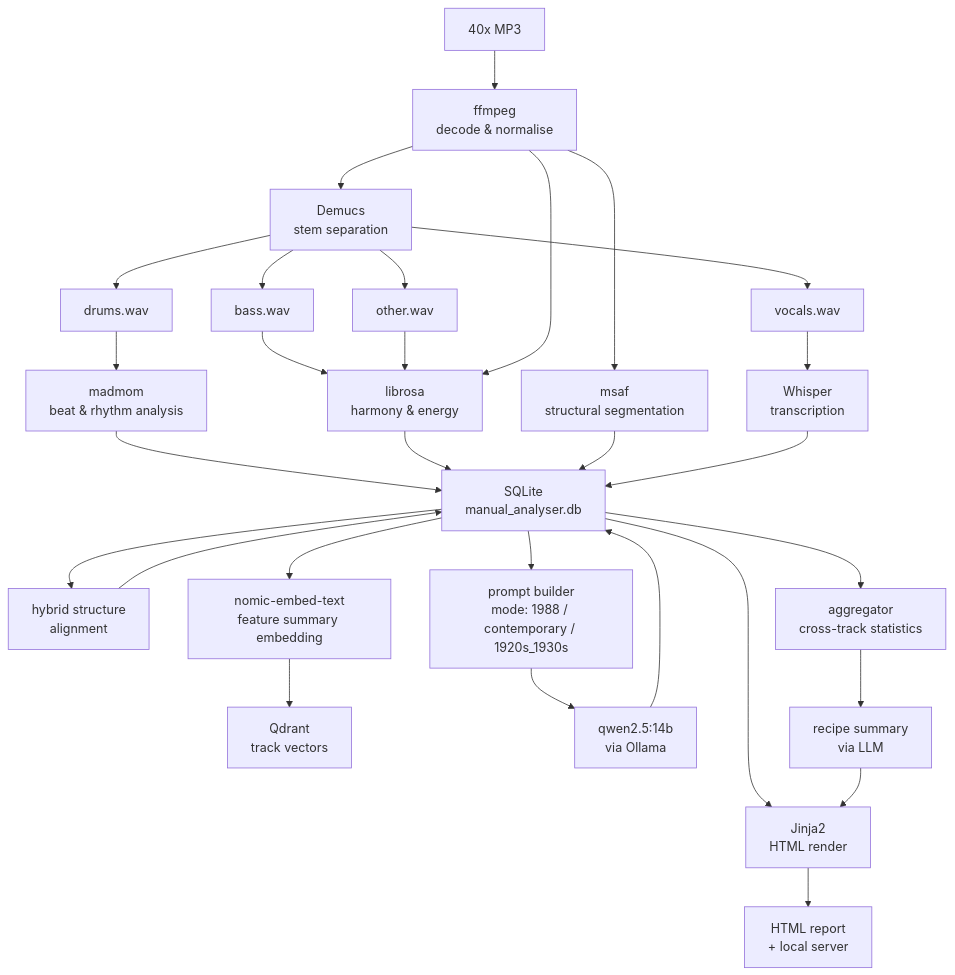
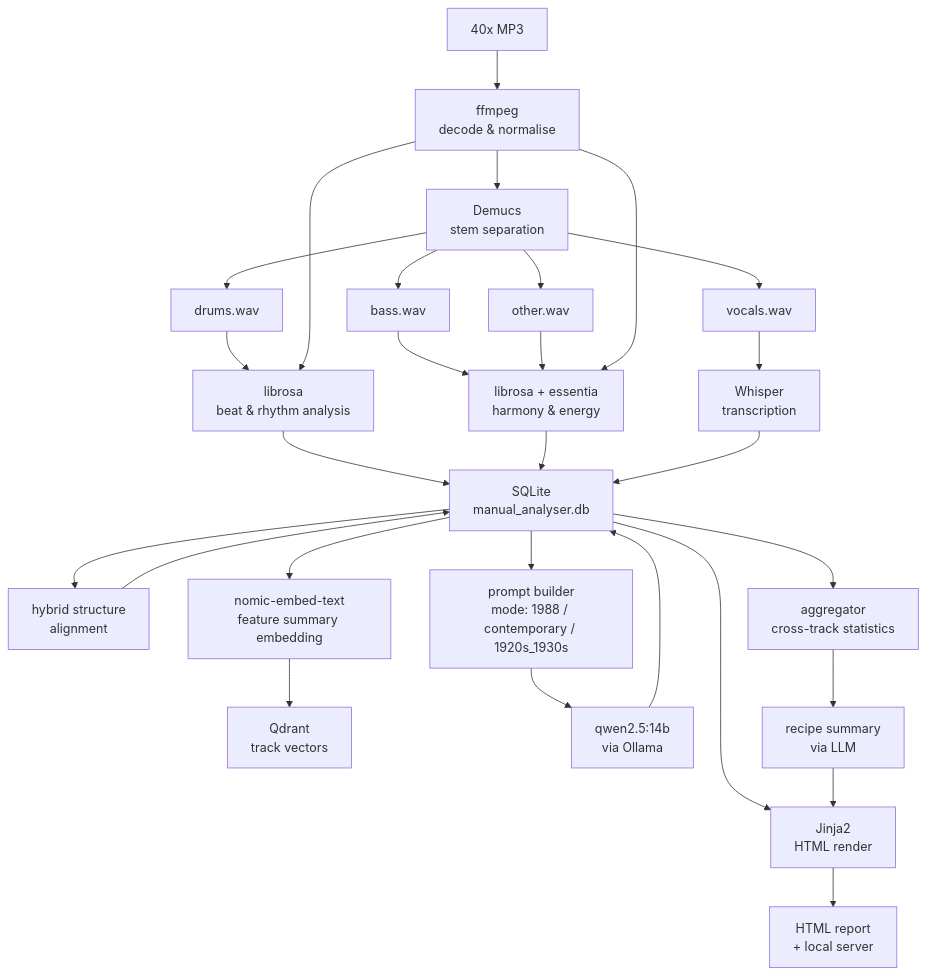
One commit to Macavitymadcap/klf-manual-analyser changed the diagram in README.md. Above: the diagram before and after it, drawn with Mermaid. The commit also changed 3 other files, not shown here.

````diff
--- a/README.md
+++ b/README.md
@@ -41,38 +41,37 @@
 ```mermaid
 flowchart TD
     A[40x MP3] --> B[ffmpeg\ndecode & normalise]
     B --> C[Demucs\nstem separation]
     C --> D[drums.wav]
     C --> E[bass.wav]
     C --> F[vocals.wav]
     C --> G[other.wav]
 
-    D --> H[madmom\nbeat & rhythm analysis]
-    E --> I[librosa\nharmony & energy]
+    D --> H[librosa\nbeat & rhythm analysis]
+    E --> I[librosa + essentia\nharmony & energy]
     F --> J[Whisper\ntranscription]
     G --> I
     B --> I
-    B --> K[msaf\nstructural segmentation]
+    B --> H
 
     H --> L[SQLite\nmanual_analyser.db]
     I --> L
-    K --> L
     J --> L
 
     L --> M[hybrid structure\nalignment]
     M --> L
 
     L --> N[nomic-embed-text\nfeature summary embedding]
     N --> O[Qdrant\ntrack vectors]
 
     L --> P[prompt builder\nmode: 1988 / contemporary / 1920s_1930s]
     P --> Q[qwen2.5:14b\nvia Ollama]
     Q --> L
 
     L --> R[aggregator\ncross-track statistics]
     R --> S[recipe summary\nvia LLM]
 
     L --> T[Jinja2\nHTML render]
     S --> T
     T --> U[HTML report\n+ local server]
 ```
````
